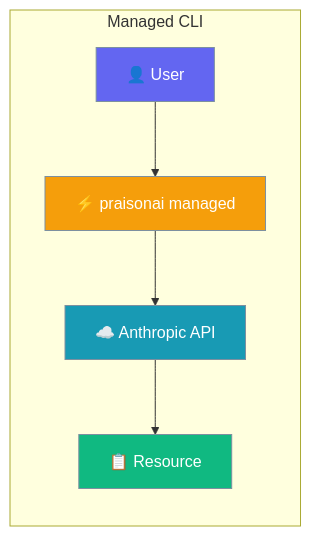
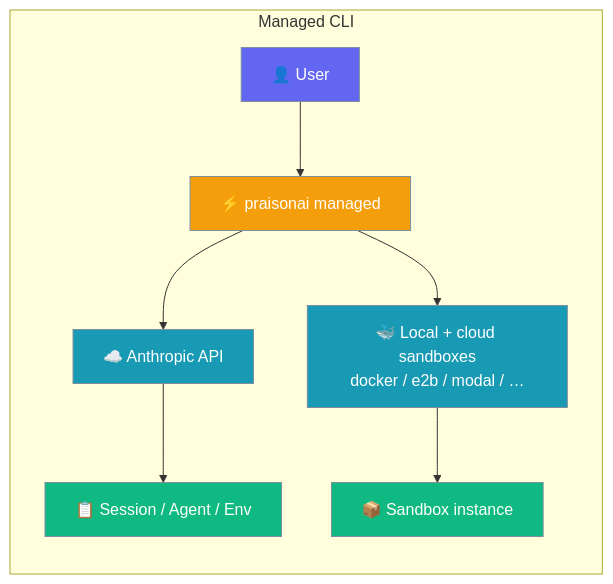
The first of 3 diagrams in docs/features/managed-cli.mdx (MervinPraison/PraisonAIDocs), drawn with Mermaid before and after one commit. The commit also changed other lines of this file and 3 other files, not shown here.

````diff
--- a/docs/features/managed-cli.mdx
+++ b/docs/features/managed-cli.mdx
@@ -18,18 +18,20 @@
 ```mermaid
 graph LR
     subgraph "Managed CLI"
         A[👤 User] --> B[⚡ praisonai managed]
         B --> C[☁️ Anthropic API]
-        C --> D[📋 Resource]
+        B --> D[🐳 Local + cloud sandboxes<br/>docker / e2b / modal / …]
+        C --> E[📋 Session / Agent / Env]
+        D --> F[📦 Sandbox instance]
     end
     
     classDef user fill:#6366F1,stroke:#7C90A0,color:#fff
     classDef cli fill:#F59E0B,stroke:#7C90A0,color:#fff
     classDef api fill:#189AB4,stroke:#7C90A0,color:#fff
     classDef resource fill:#10B981,stroke:#7C90A0,color:#fff
     
     class A user
     class B cli
-    class C api
-    class D resource
+    class C,D api
+    class E,F resource
 ```
````
